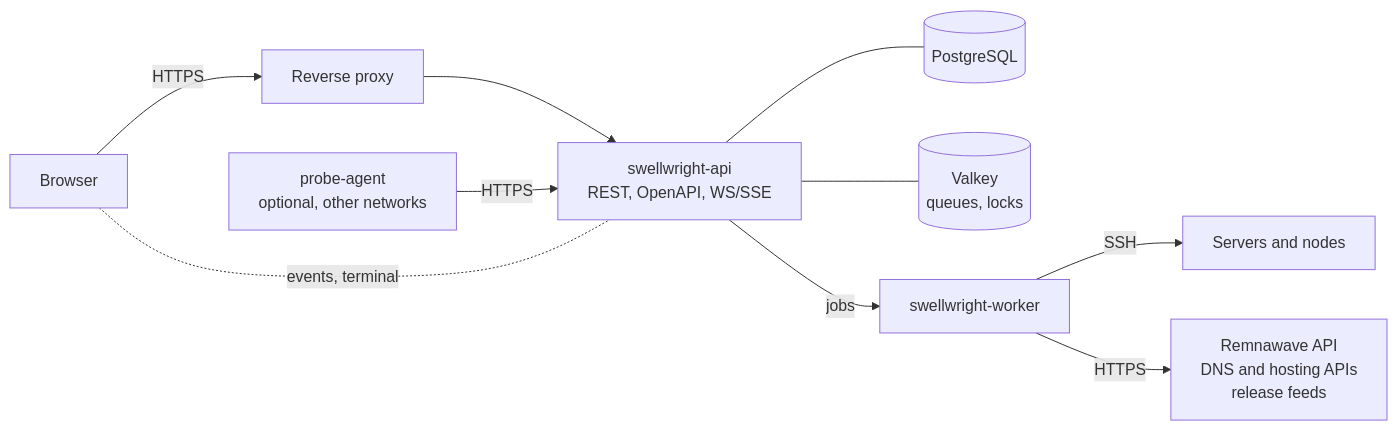
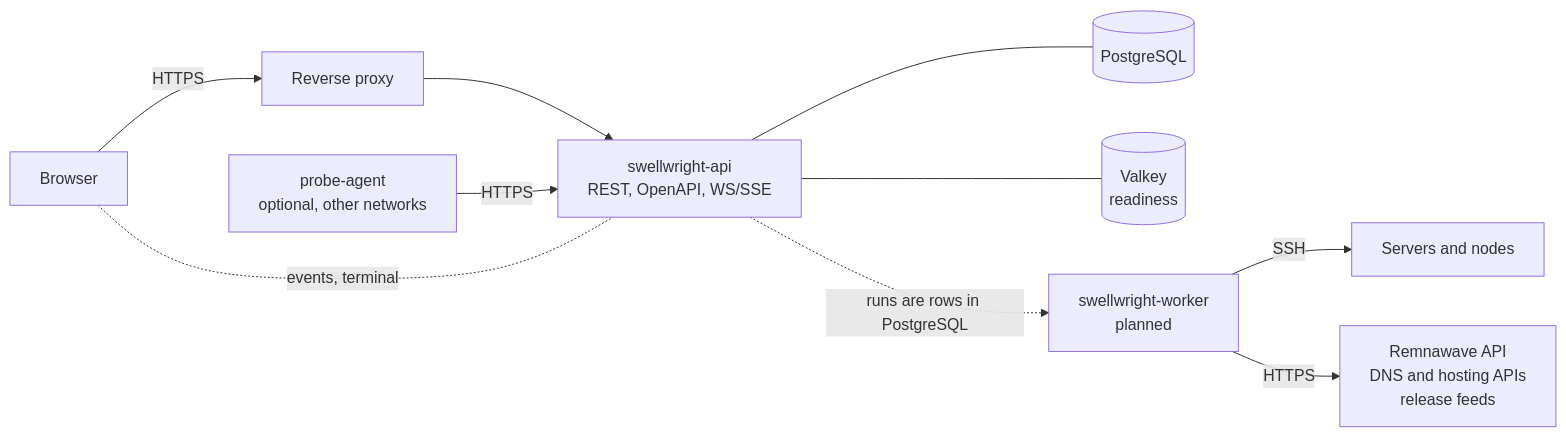
One commit to swellwright/swellwright changed the first of 2 diagrams in docs/en/architecture.md. Above: the diagram before and after it, drawn with Mermaid. The commit also changed other lines of this file and 13 other files, not shown here.

````diff
--- a/docs/en/architecture.md
+++ b/docs/en/architecture.md
@@ -20,12 +20,12 @@
 ```mermaid
 flowchart LR
     B[Browser] -- HTTPS --> RP[Reverse proxy]
     RP --> API[swellwright-api<br/>REST, OpenAPI, WS/SSE]
     API --- PG[(PostgreSQL)]
-    API --- VK[(Valkey<br/>queues, locks)]
-    API -- jobs --> W[swellwright-worker]
+    API --- VK[(Valkey<br/>readiness)]
+    API -. runs are rows in PostgreSQL .-> W[swellwright-worker<br/>planned]
     W -- SSH --> N[Servers and nodes]
     W -- HTTPS --> EXT[Remnawave API<br/>DNS and hosting APIs<br/>release feeds]
     PA[probe-agent<br/>optional, other networks] -- HTTPS --> API
     B -. events, terminal .- API
 ```
````
